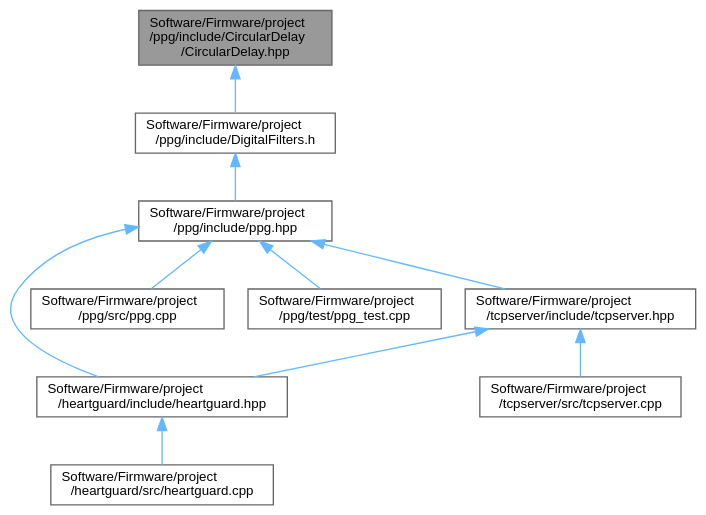
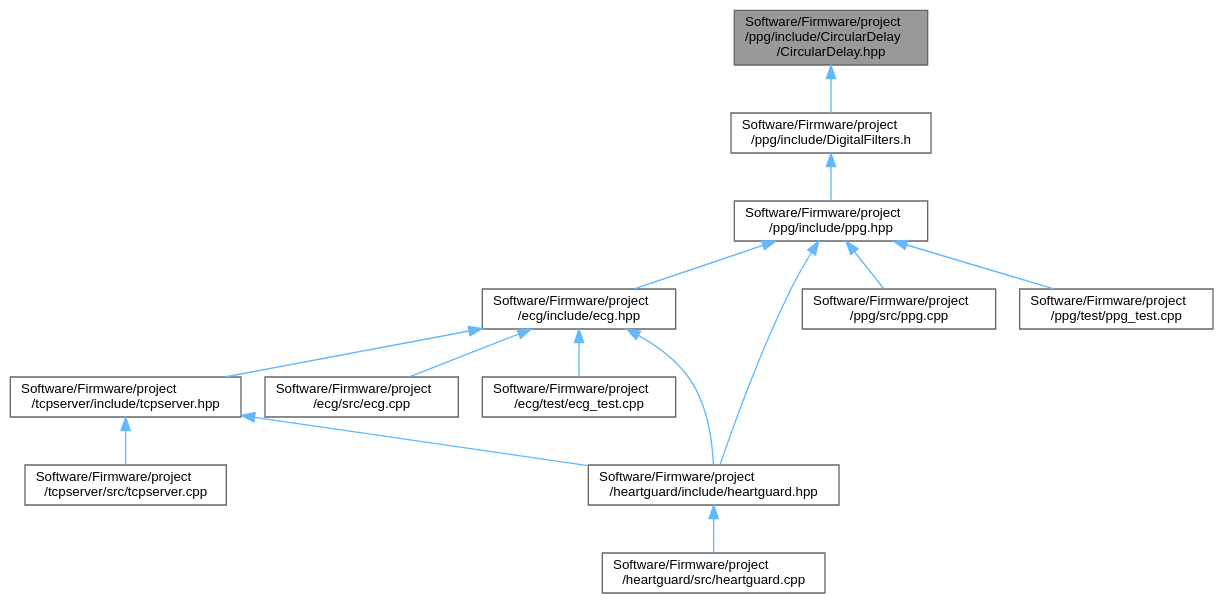
The diagram in Docs/pdf/CircularDelay_8hpp__dep__incl.dot (RajasJoshi/HeartGuard), drawn with Graphviz before and after one commit. The commit also changed 697 other files, not shown here.

```diff
--- a/Docs/pdf/CircularDelay_8hpp__dep__incl.dot
+++ b/Docs/pdf/CircularDelay_8hpp__dep__incl.dot
@@ -1,25 +1,32 @@
 digraph "Software/Firmware/project/ppg/include/CircularDelay/CircularDelay.hpp"
 {
  // LATEX_PDF_SIZE
   bgcolor="transparent";
   edge [fontname=Helvetica,fontsize=10,labelfontname=Helvetica,labelfontsize=10];
   node [fontname=Helvetica,fontsize=10,shape=box,height=0.2,width=0.4];
   Node1 [id="Node000001",label="Software/Firmware/project\l/ppg/include/CircularDelay\l/CircularDelay.hpp",height=0.2,width=0.4,color="gray40", fillcolor="grey60", style="filled", fontcolor="black",tooltip=" "];
-  Node1 -> Node2 [id="edge10_Node000001_Node000002",dir="back",color="steelblue1",style="solid",tooltip=" "];
+  Node1 -> Node2 [id="edge14_Node000001_Node000002",dir="back",color="steelblue1",style="solid",tooltip=" "];
   Node2 [id="Node000002",label="Software/Firmware/project\l/ppg/include/DigitalFilters.h",height=0.2,width=0.4,color="grey40", fillcolor="white", style="filled",URL="$DigitalFilters_8h.html",tooltip=" "];
-  Node2 -> Node3 [id="edge11_Node000002_Node000003",dir="back",color="steelblue1",style="solid",tooltip=" "];
+  Node2 -> Node3 [id="edge15_Node000002_Node000003",dir="back",color="steelblue1",style="solid",tooltip=" "];
   Node3 [id="Node000003",label="Software/Firmware/project\l/ppg/include/ppg.hpp",height=0.2,width=0.4,color="grey40", fillcolor="white", style="filled",URL="$ppg_8hpp.html",tooltip=" "];
-  Node3 -> Node4 [id="edge12_Node000003_Node000004",dir="back",color="steelblue1",style="solid",tooltip=" "];
-  Node4 [id="Node000004",label="Software/Firmware/project\l/heartguard/include/heartguard.hpp",height=0.2,width=0.4,color="grey40", fillcolor="white", style="filled",URL="$heartguard_8hpp.html",tooltip=" "];
-  Node4 -> Node5 [id="edge13_Node000004_Node000005",dir="back",color="steelblue1",style="solid",tooltip=" "];
-  Node5 [id="Node000005",label="Software/Firmware/project\l/heartguard/src/heartguard.cpp",height=0.2,width=0.4,color="grey40", fillcolor="white", style="filled",URL="$heartguard_8cpp.html",tooltip=" "];
-  Node3 -> Node6 [id="edge14_Node000003_Node000006",dir="back",color="steelblue1",style="solid",tooltip=" "];
-  Node6 [id="Node000006",label="Software/Firmware/project\l/ppg/src/ppg.cpp",height=0.2,width=0.4,color="grey40", fillcolor="white", style="filled",URL="$ppg_8cpp.html",tooltip=" "];
-  Node3 -> Node7 [id="edge15_Node000003_Node000007",dir="back",color="steelblue1",style="solid",tooltip=" "];
-  Node7 [id="Node000007",label="Software/Firmware/project\l/ppg/test/ppg_test.cpp",height=0.2,width=0.4,color="grey40", fillcolor="white", style="filled",URL="$ppg__test_8cpp.html",tooltip="Test file for the ppg class."];
-  Node3 -> Node8 [id="edge16_Node000003_Node000008",dir="back",color="steelblue1",style="solid",tooltip=" "];
-  Node8 [id="Node000008",label="Software/Firmware/project\l/tcpserver/include/tcpserver.hpp",height=0.2,width=0.4,color="grey40", fillcolor="white", style="filled",URL="$tcpserver_8hpp.html",tooltip=" "];
-  Node8 -> Node4 [id="edge17_Node000008_Node000004",dir="back",color="steelblue1",style="solid",tooltip=" "];
-  Node8 -> Node9 [id="edge18_Node000008_Node000009",dir="back",color="steelblue1",style="solid",tooltip=" "];
-  Node9 [id="Node000009",label="Software/Firmware/project\l/tcpserver/src/tcpserver.cpp",height=0.2,width=0.4,color="grey40", fillcolor="white", style="filled",URL="$tcpserver_8cpp.html",tooltip=" "];
+  Node3 -> Node4 [id="edge16_Node000003_Node000004",dir="back",color="steelblue1",style="solid",tooltip=" "];
+  Node4 [id="Node000004",label="Software/Firmware/project\l/ecg/include/ecg.hpp",height=0.2,width=0.4,color="grey40", fillcolor="white", style="filled",URL="$ecg_8hpp.html",tooltip=" "];
+  Node4 -> Node5 [id="edge17_Node000004_Node000005",dir="back",color="steelblue1",style="solid",tooltip=" "];
+  Node5 [id="Node000005",label="Software/Firmware/project\l/ecg/src/ecg.cpp",height=0.2,width=0.4,color="grey40", fillcolor="white", style="filled",URL="$ecg_8cpp.html",tooltip=" "];
+  Node4 -> Node6 [id="edge18_Node000004_Node000006",dir="back",color="steelblue1",style="solid",tooltip=" "];
+  Node6 [id="Node000006",label="Software/Firmware/project\l/ecg/test/ecg_test.cpp",height=0.2,width=0.4,color="grey40", fillcolor="white", style="filled",URL="$ecg__test_8cpp.html",tooltip=" "];
+  Node4 -> Node7 [id="edge19_Node000004_Node000007",dir="back",color="steelblue1",style="solid",tooltip=" "];
+  Node7 [id="Node000007",label="Software/Firmware/project\l/heartguard/include/heartguard.hpp",height=0.2,width=0.4,color="grey40", fillcolor="white", style="filled",URL="$heartguard_8hpp.html",tooltip=" "];
+  Node7 -> Node8 [id="edge20_Node000007_Node000008",dir="back",color="steelblue1",style="solid",tooltip=" "];
+  Node8 [id="Node000008",label="Software/Firmware/project\l/heartguard/src/heartguard.cpp",height=0.2,width=0.4,color="grey40", fillcolor="white", style="filled",URL="$heartguard_8cpp.html",tooltip=" "];
+  Node4 -> Node9 [id="edge21_Node000004_Node000009",dir="back",color="steelblue1",style="solid",tooltip=" "];
+  Node9 [id="Node000009",label="Software/Firmware/project\l/tcpserver/include/tcpserver.hpp",height=0.2,width=0.4,color="grey40", fillcolor="white", style="filled",URL="$tcpserver_8hpp.html",tooltip=" "];
+  Node9 -> Node7 [id="edge22_Node000009_Node000007",dir="back",color="steelblue1",style="solid",tooltip=" "];
+  Node9 -> Node10 [id="edge23_Node000009_Node000010",dir="back",color="steelblue1",style="solid",tooltip=" "];
+  Node10 [id="Node000010",label="Software/Firmware/project\l/tcpserver/src/tcpserver.cpp",height=0.2,width=0.4,color="grey40", fillcolor="white", style="filled",URL="$tcpserver_8cpp.html",tooltip=" "];
+  Node3 -> Node7 [id="edge24_Node000003_Node000007",dir="back",color="steelblue1",style="solid",tooltip=" "];
+  Node3 -> Node11 [id="edge25_Node000003_Node000011",dir="back",color="steelblue1",style="solid",tooltip=" "];
+  Node11 [id="Node000011",label="Software/Firmware/project\l/ppg/src/ppg.cpp",height=0.2,width=0.4,color="grey40", fillcolor="white", style="filled",URL="$ppg_8cpp.html",tooltip=" "];
+  Node3 -> Node12 [id="edge26_Node000003_Node000012",dir="back",color="steelblue1",style="solid",tooltip=" "];
+  Node12 [id="Node000012",label="Software/Firmware/project\l/ppg/test/ppg_test.cpp",height=0.2,width=0.4,color="grey40", fillcolor="white", style="filled",URL="$ppg__test_8cpp.html",tooltip="Test file for the ppg class."];
 }
```
